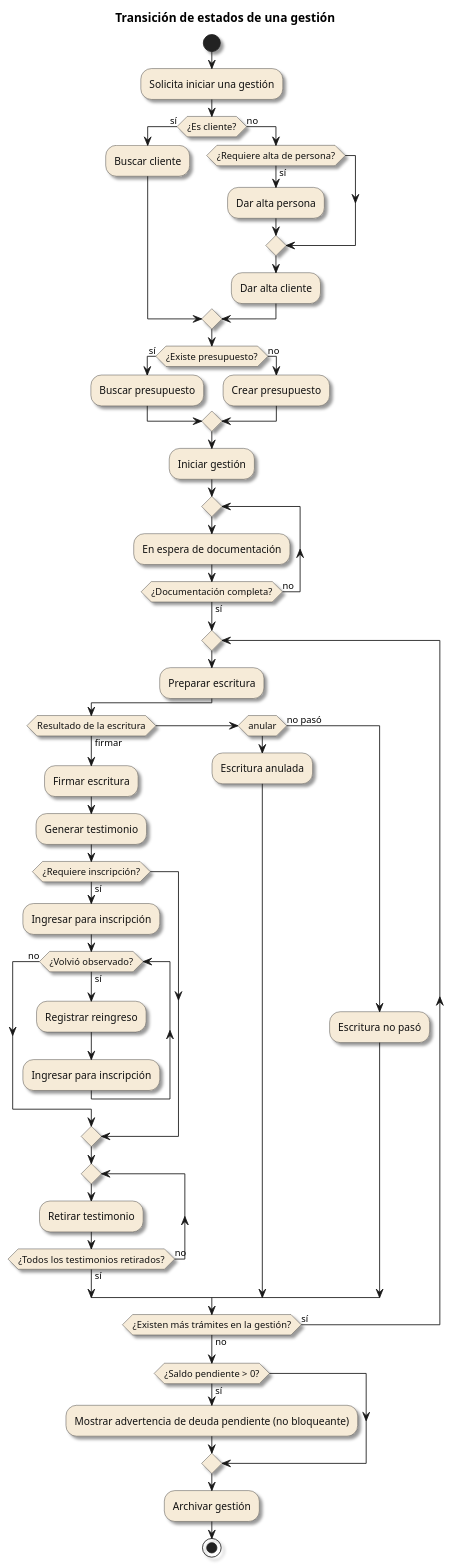
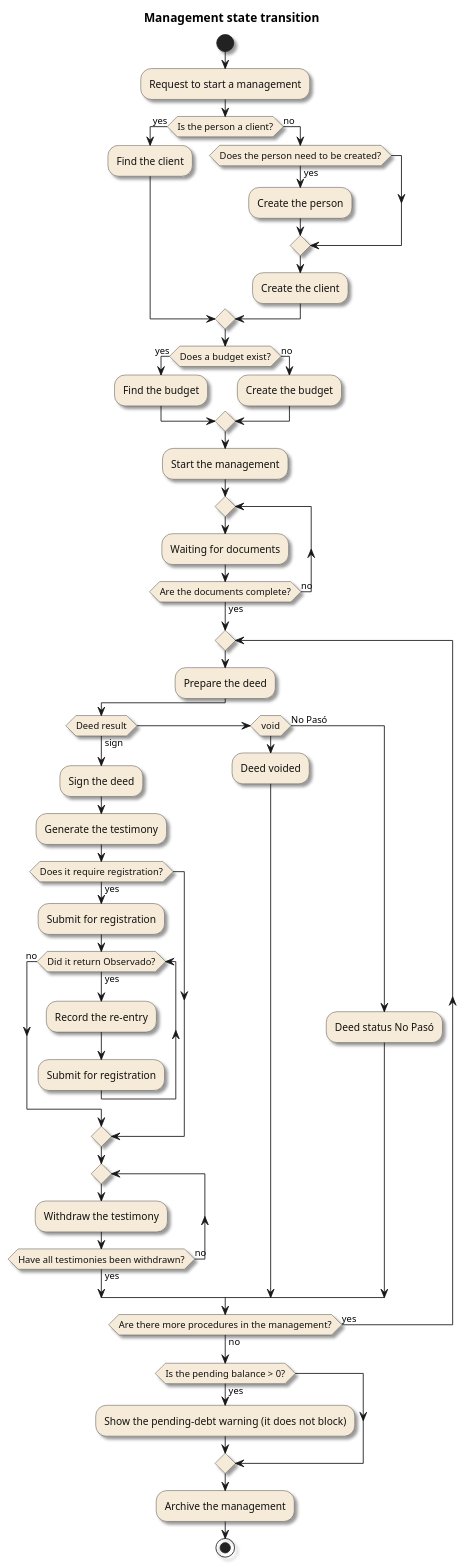
One commit to matiaspakua/notaire changed the diagram in docs/200-architecture/204-diagrams/Diagrama de Estados/transicion-de-estados.puml. Above: the diagram before and after it, drawn with PlantUML. The commit also changed 52 other files, not shown here.

```diff
--- a/docs/200-architecture/204-diagrams/Diagrama de Estados/transicion-de-estados.puml
+++ b/docs/200-architecture/204-diagrams/Diagrama de Estados/transicion-de-estados.puml
@@ -1,72 +1,72 @@
 @startuml
-title Transición de estados de una gestión
+title Management state transition
 
 skinparam shadowing true
 skinparam defaultFontName Arial
 skinparam activity {
   BackgroundColor #F6EBD8
   BorderColor #333333
   FontColor #111111
   DiamondBackgroundColor #F6EBD8
   DiamondBorderColor #333333
 }
 
 start
 
-:Solicita iniciar una gestión;
+:Request to start a management;
 
-if (¿Es cliente?) then (sí)
-  :Buscar cliente;
+if (Is the person a client?) then (yes)
+  :Find the client;
 else (no)
-  if (¿Requiere alta de persona?) then (sí)
-    :Dar alta persona;
+  if (Does the person need to be created?) then (yes)
+    :Create the person;
   endif
-  :Dar alta cliente;
+  :Create the client;
 endif
 
-if (¿Existe presupuesto?) then (sí)
-  :Buscar presupuesto;
+if (Does a budget exist?) then (yes)
+  :Find the budget;
 else (no)
-  :Crear presupuesto;
+  :Create the budget;
 endif
 
-:Iniciar gestión;
+:Start the management;
 
 repeat
-  :En espera de documentación;
-repeat while (¿Documentación completa?) is (no) not (sí)
+  :Waiting for documents;
+repeat while (Are the documents complete?) is (no) not (yes)
 
 repeat
-  :Preparar escritura;
+  :Prepare the deed;
 
-  if (Resultado de la escritura) then (firmar)
-    :Firmar escritura;
-    :Generar testimonio;
+  if (Deed result) then (sign)
+    :Sign the deed;
+    :Generate the testimony;
 
-    if (¿Requiere inscripción?) then (sí)
-      :Ingresar para inscripción;
+    if (Does it require registration?) then (yes)
+      :Submit for registration;
 
-      while (¿Volvió observado?) is (sí)
-        :Registrar reingreso;
-        :Ingresar para inscripción;
+      while (Did it return Observado?) is (yes)
+        :Record the re-entry;
+        :Submit for registration;
       endwhile (no)
     endif
 
     repeat
-      :Retirar testimonio;
-    repeat while (¿Todos los testimonios retirados?) is (no) not (sí)
-  elseif (anular)
-    :Escritura anulada;
-  else (no pasó)
-    :Escritura no pasó;
+      :Withdraw the testimony;
+    repeat while (Have all testimonies been withdrawn?) is (no) not (yes)
+  elseif (void)
+    :Deed voided;
+  else (No Pasó)
+    :Deed status No Pasó;
   endif
 
-repeat while (¿Existen más trámites en la gestión?) is (sí) not (no)
+repeat while (Are there more procedures in the management?) is (yes) not (no)
 
-if (¿Saldo pendiente > 0?) then (sí)
-  :Mostrar advertencia de deuda pendiente (no bloqueante);
+if (Is the pending balance > 0?) then (yes)
+  :Show the pending-debt warning (it does not block);
 endif
 
-:Archivar gestión;
+:Archive the management;
 stop
 @enduml
```
